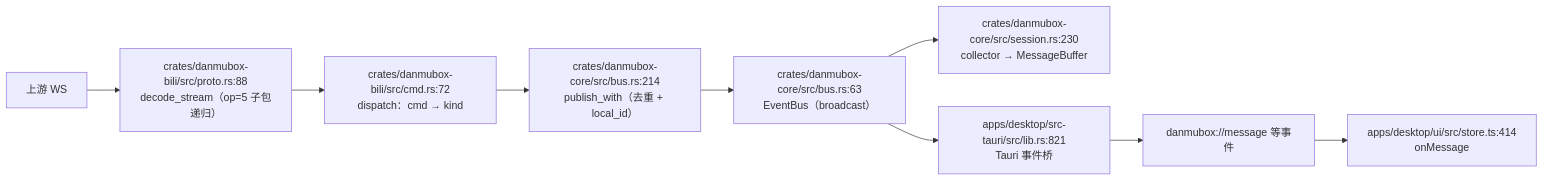
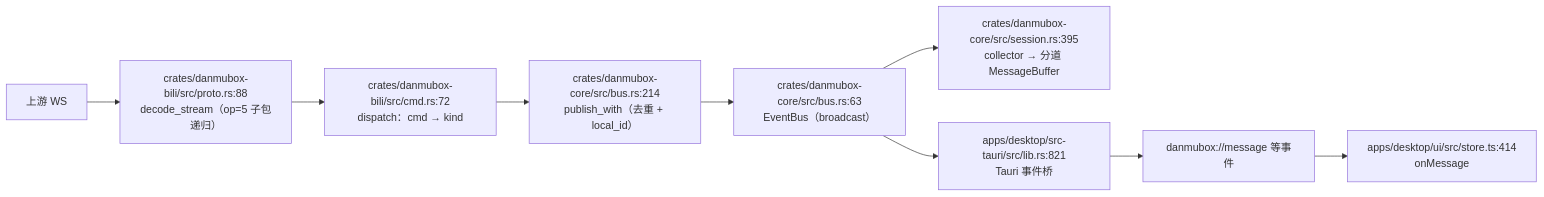
The fifth of 6 diagrams in docs/architecture.md (HakaseZ/danmubox), drawn with Mermaid before and after one commit. The commit also changed other lines of this file and 20 other files, not shown here.

````diff
--- a/docs/architecture.md
+++ b/docs/architecture.md
@@ -270,11 +270,11 @@
 ```mermaid
 graph LR
   UP["上游 WS"] --> DEC["crates/danmubox-bili/src/proto.rs:88<br/>decode_stream（op=5 子包递归）"]
   DEC --> CMD["crates/danmubox-bili/src/cmd.rs:72<br/>dispatch：cmd → kind"]
   CMD --> SINK["crates/danmubox-core/src/bus.rs:214<br/>publish_with（去重 + local_id）"]
   SINK --> BUS["crates/danmubox-core/src/bus.rs:63<br/>EventBus（broadcast）"]
-  BUS --> BUF["crates/danmubox-core/src/session.rs:230<br/>collector → MessageBuffer"]
+  BUS --> BUF["crates/danmubox-core/src/session.rs:395<br/>collector → 分道 MessageBuffer"]
   BUS --> BRIDGE["apps/desktop/src-tauri/src/lib.rs:821<br/>Tauri 事件桥"]
   BRIDGE --> EVT["danmubox://message 等事件"]
   EVT --> STORE["apps/desktop/ui/src/store.ts:414<br/>onMessage"]
 ```
````
